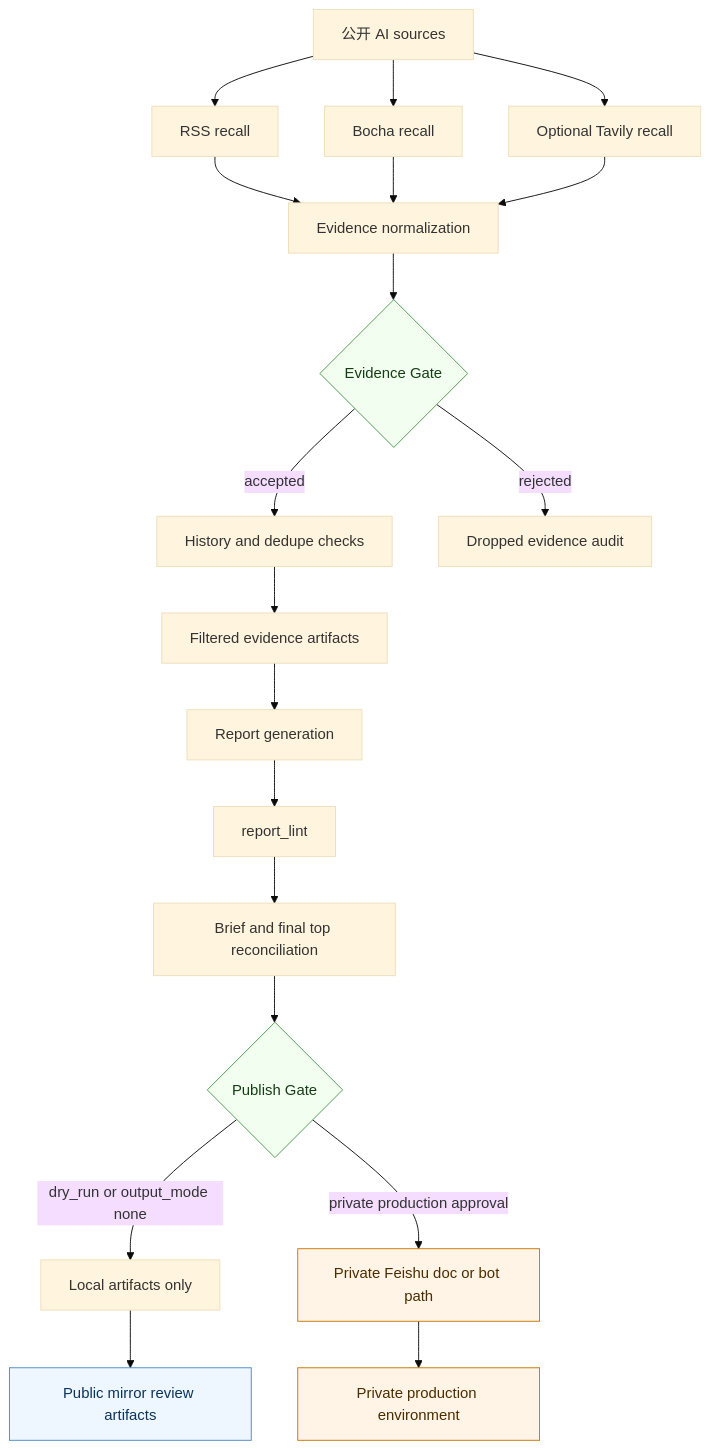
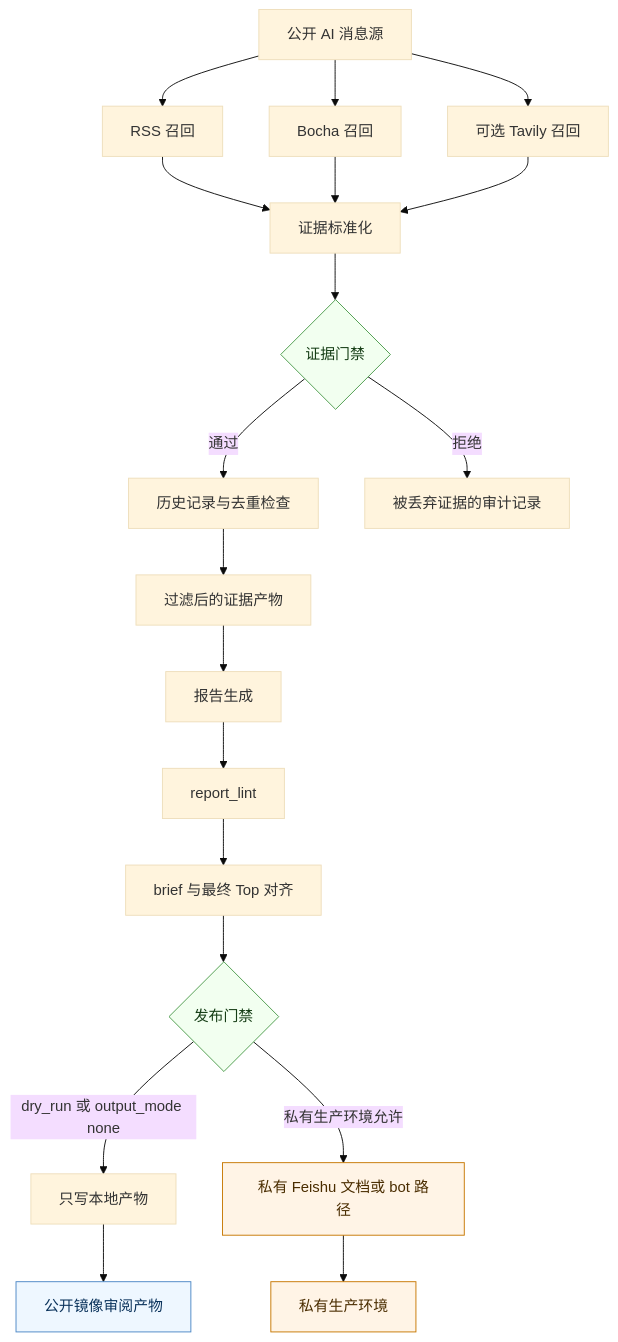
One commit to lin275768845/ai-radar-agent-case changed the first of 5 diagrams in docs/zh-CN/ARCHITECTURE_OVERVIEW.md. Above: the diagram before and after it, drawn with Mermaid (base theme). The commit also changed other lines of this file and 5 other files, not shown here.

Commit message:
docs: polish zh-CN public mirror copy

````diff
--- a/docs/zh-CN/ARCHITECTURE_OVERVIEW.md
+++ b/docs/zh-CN/ARCHITECTURE_OVERVIEW.md
@@ -16,28 +16,28 @@
 ```mermaid
 flowchart TD
-  A["公开 AI sources"] --> B["RSS recall"]
-  A --> C["Bocha recall"]
-  A --> D["Optional Tavily recall"]
-  B --> E["Evidence normalization"]
+  A["公开 AI 消息源"] --> B["RSS 召回"]
+  A --> C["Bocha 召回"]
+  A --> D["可选 Tavily 召回"]
+  B --> E["证据标准化"]
   C --> E
   D --> E
-  E --> F{"Evidence Gate"}
-  F -->|accepted| G["History and dedupe checks"]
-  F -->|rejected| H["Dropped evidence audit"]
-  G --> I["Filtered evidence artifacts"]
-  I --> J["Report generation"]
+  E --> F{"证据门禁"}
+  F -->|通过| G["历史记录与去重检查"]
+  F -->|拒绝| H["被丢弃证据的审计记录"]
+  G --> I["过滤后的证据产物"]
+  I --> J["报告生成"]
   J --> K["report_lint"]
-  K --> L["Brief and final top reconciliation"]
-  L --> M{"Publish Gate"}
-  M -->|dry_run or output_mode none| N["Local artifacts only"]
-  M -->|private production approval| O["Private Feishu doc or bot path"]
-  N --> P["Public mirror review artifacts"]
-  O --> Q["Private production environment"]
+  K --> L["brief 与最终 Top 对齐"]
+  L --> M{"发布门禁"}
+  M -->|dry_run 或 output_mode none| N["只写本地产物"]
+  M -->|私有生产环境允许| O["私有 Feishu 文档或 bot 路径"]
+  N --> P["公开镜像审阅产物"]
+  O --> Q["私有生产环境"]
 
   classDef mirror fill:#eef7ff,stroke:#4b87c5,color:#0b335c;
   classDef private fill:#fff4e6,stroke:#c77700,color:#4a2d00;
   classDef gate fill:#f2fff0,stroke:#4b9a4b,color:#153d15;
   class F,M gate;
   class P mirror;
   class O,Q private;
 ```
````
